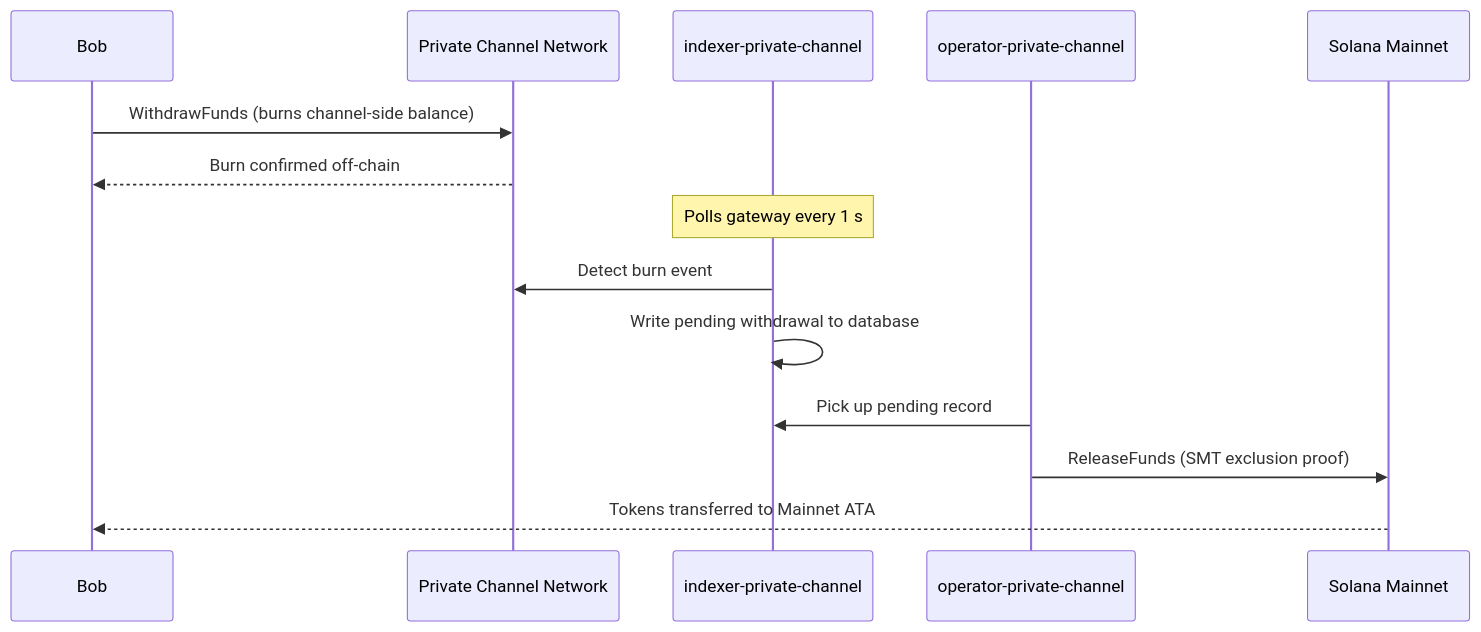
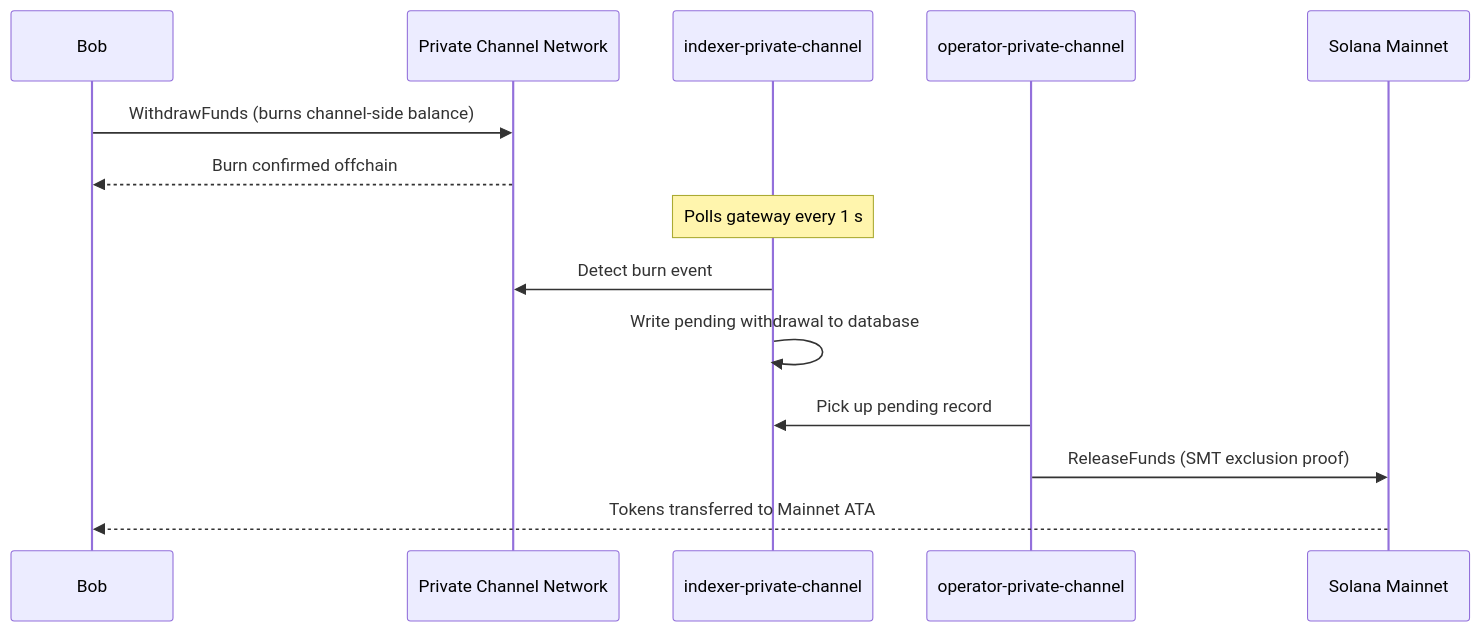
Before and after one commit to solana-foundation/solana-com: the third of 3 diagrams in apps/docs/content/docs/en/tools/private-channels/concepts/channels.mdx, drawn with Mermaid. The commit also changed other lines of this file and 13298 other files, not shown here.

````diff
--- a/apps/docs/content/docs/en/tools/private-channels/concepts/channels.mdx
+++ b/apps/docs/content/docs/en/tools/private-channels/concepts/channels.mdx
@@ -117,19 +146,19 @@
 ```mermaid
 sequenceDiagram
     participant Bob
     participant Channel as Private Channel Network
     participant Indexer as indexer-private-channel
     participant Operator as operator-private-channel
     participant Mainnet as Solana Mainnet
 
     Bob->>Channel: WithdrawFunds (burns channel-side balance)
-    Channel-->>Bob: Burn confirmed off-chain
+    Channel-->>Bob: Burn confirmed offchain
 
     Note over Indexer: Polls gateway every 1 s
     Indexer->>Channel: Detect burn event
     Indexer->>Indexer: Write pending withdrawal to database
 
     Operator->>Indexer: Pick up pending record
     Operator->>Mainnet: ReleaseFunds (SMT exclusion proof)
     Mainnet-->>Bob: Tokens transferred to Mainnet ATA
 ```
````
